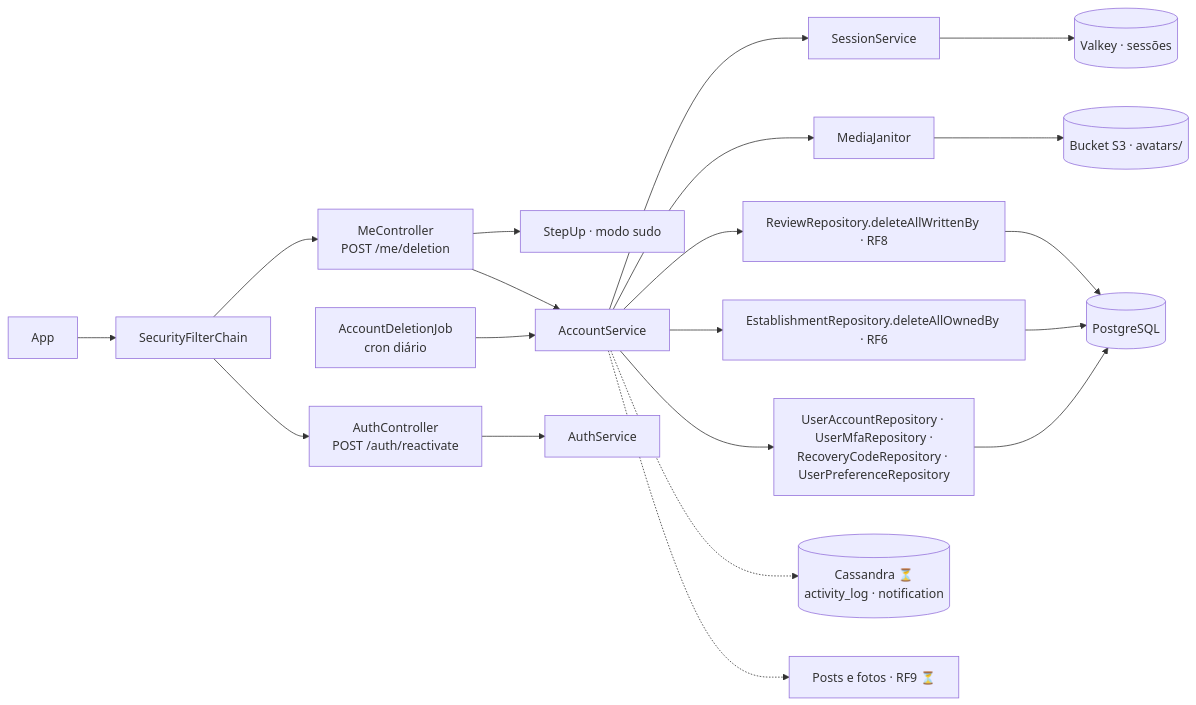
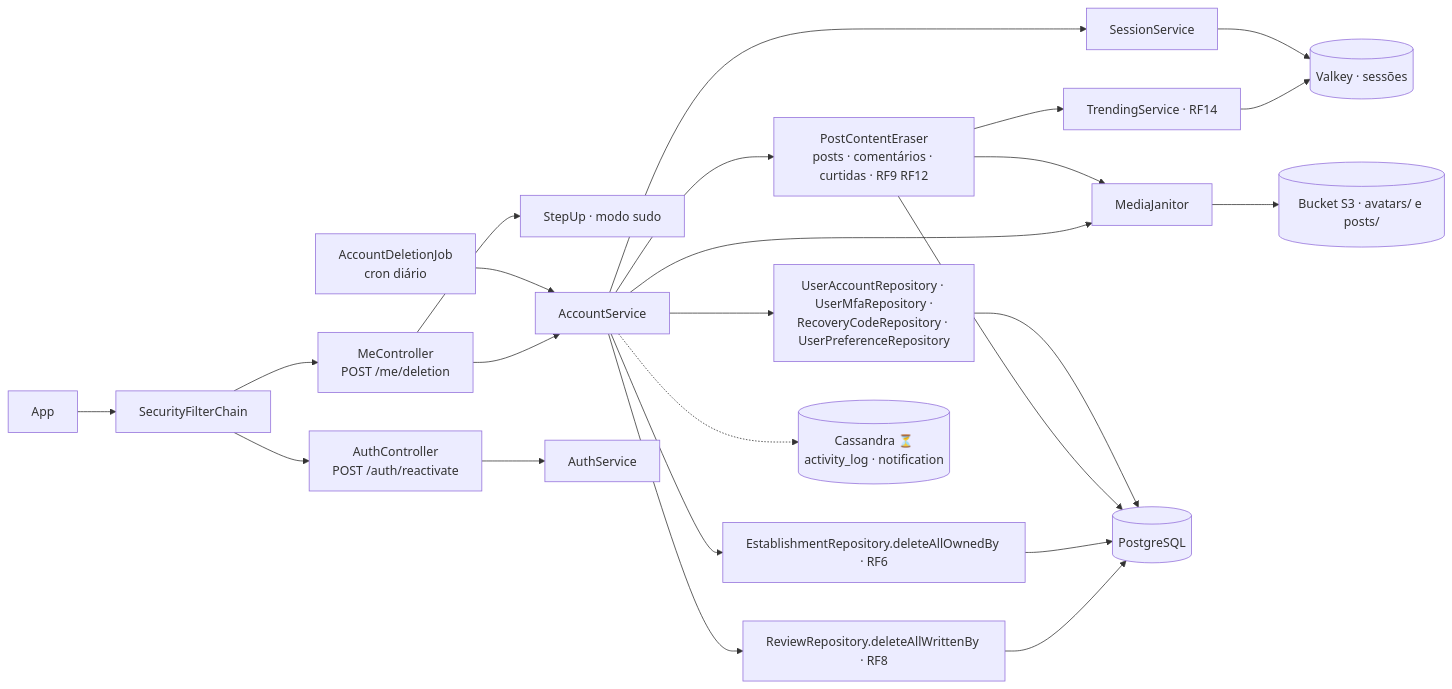
The diagram in docs/RF5/componentes.md (MatheusHaliski/Friendly-Eats), drawn with Mermaid before and after one commit. The commit also changed 94 other files, not shown here.

````diff
--- a/docs/RF5/componentes.md
+++ b/docs/RF5/componentes.md
@@ -3,21 +3,24 @@
 ```mermaid
 flowchart LR
     APP["App"] --> SEC["SecurityFilterChain"]
     SEC --> MC["MeController<br/>POST /me/deletion"]
     SEC --> AC["AuthController<br/>POST /auth/reactivate"]
     MC --> SU["StepUp · modo sudo"]
     MC --> AS["AccountService"]
     AC --> AU["AuthService"]
     JOB["AccountDeletionJob<br/>cron diário"] --> AS
     AS --> SS["SessionService"]
     AS --> MJ["MediaJanitor"]
     AS --> REPO["UserAccountRepository · UserMfaRepository ·<br/>RecoveryCodeRepository · UserPreferenceRepository"]
     AS --> RR["ReviewRepository.deleteAllWrittenBy · RF8"]
     AS --> ER["EstablishmentRepository.deleteAllOwnedBy · RF6"]
-    RR & ER --> PG
+    AS --> PE["PostContentEraser<br/>posts · comentários · curtidas · RF9 RF12"]
+    PE --> MJ
+    PE --> TS["TrendingService · RF14"]
+    TS --> VK
+    RR & ER & PE --> PG
     REPO --> PG[("PostgreSQL")]
     SS --> VK[("Valkey · sessões")]
-    MJ --> S3[("Bucket S3 · avatars/")]
+    MJ --> S3[("Bucket S3 · avatars/ e posts/")]
     AS -.-> CS[("Cassandra ⏳<br/>activity_log · notification")]
-    AS -.-> POSTS["Posts e fotos · RF9 ⏳"]
 ```
````
